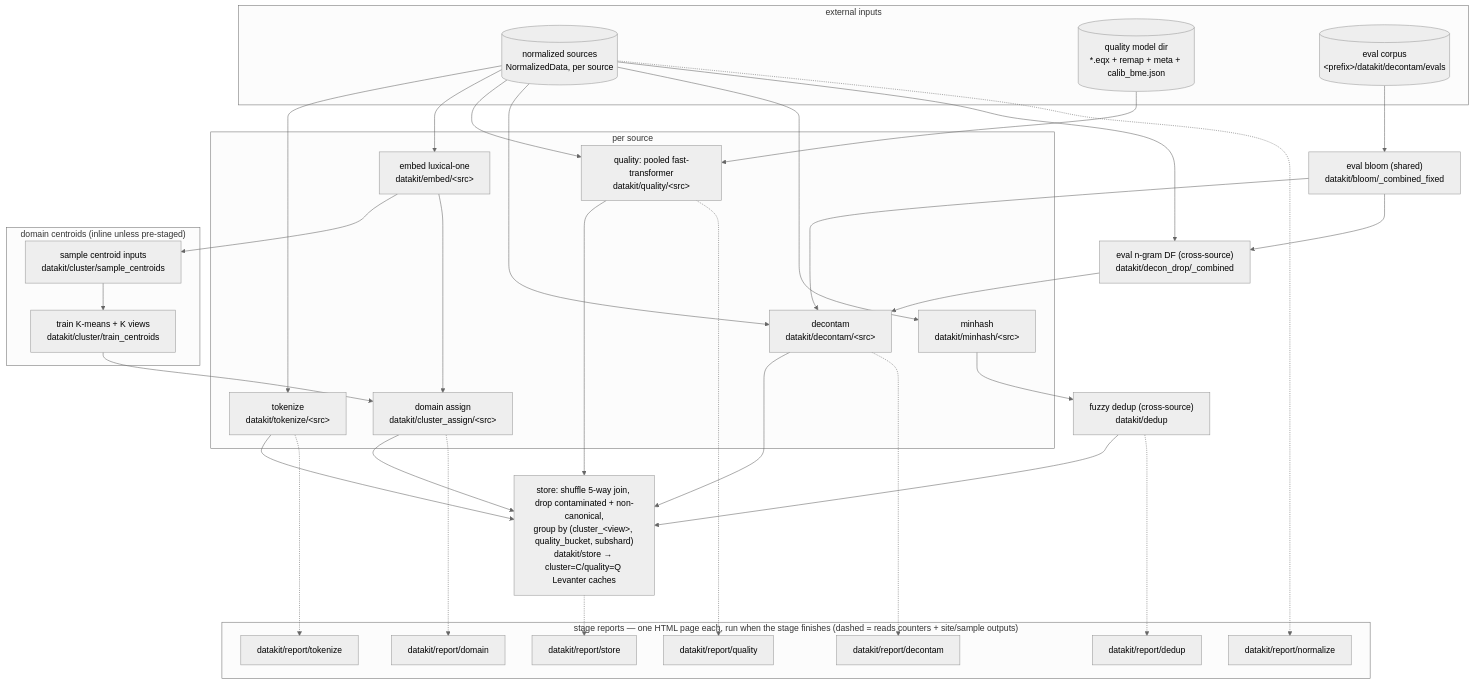
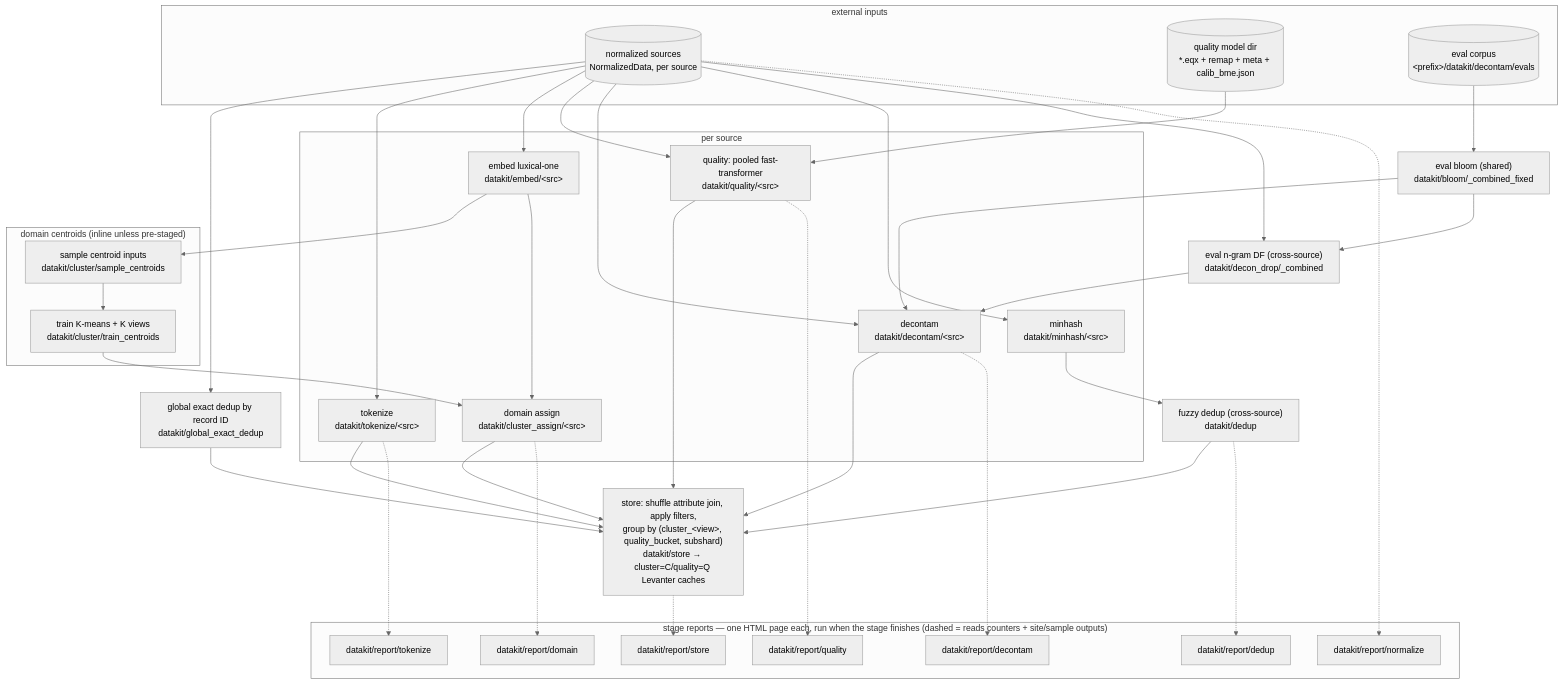
The diagram in experiments/datakit/README.md (marin-community/marin), drawn with Mermaid (neutral theme) before and after one commit. The commit also changed other lines of this file and 30 other files, not shown here.

First line of the commit message:
[datakit] emit global exact-dedup attributes (#7816)

````diff
--- a/experiments/datakit/README.md
+++ b/experiments/datakit/README.md
@@ -30,63 +51,66 @@
 ```mermaid
 flowchart TD
     subgraph inputs["external inputs"]
         SRC[("normalized sources<br/>NormalizedData, per source")]
         MODEL[("quality model dir<br/>*.eqx + remap + meta + calib_bme.json")]
         EVALS[("eval corpus<br/>&lt;prefix&gt;/datakit/decontam/evals")]
     end
 
     subgraph per_source["per source"]
         TOK["tokenize<br/>datakit/tokenize/&lt;src&gt;"]
         EMB["embed luxical-one<br/>datakit/embed/&lt;src&gt;"]
         ASG["domain assign<br/>datakit/cluster_assign/&lt;src&gt;"]
         QUAL["quality: pooled fast-transformer<br/>datakit/quality/&lt;src&gt;"]
         DECON["decontam<br/>datakit/decontam/&lt;src&gt;"]
         MH["minhash<br/>datakit/minhash/&lt;src&gt;"]
     end
 
     subgraph domain_model["domain centroids (inline unless pre-staged)"]
         SAMP["sample centroid inputs<br/>datakit/cluster/sample_centroids"]
         KM["train K-means + K views<br/>datakit/cluster/train_centroids"]
     end
 
     BLOOM["eval bloom (shared)<br/>datakit/bloom/_combined_fixed"]
     DF["eval n-gram DF (cross-source)<br/>datakit/decon_drop/_combined"]
+    EXACT["global exact dedup by record ID<br/>datakit/global_exact_dedup"]
     DEDUP["fuzzy dedup (cross-source)<br/>datakit/dedup"]
-    STORE["store: shuffle 5-way join, drop contaminated + non-canonical,<br/>group by (cluster_&lt;view&gt;, quality_bucket, subshard)<br/>datakit/store → cluster=C/quality=Q Levanter caches"]
+    STORE["store: shuffle attribute join, apply filters,<br/>group by (cluster_&lt;view&gt;, quality_bucket, subshard)<br/>datakit/store → cluster=C/quality=Q Levanter caches"]
 
+    SRC --> EXACT
     SRC --> TOK
     SRC --> EMB
     SRC --> QUAL
     SRC --> DECON
     SRC --> MH
     MODEL --> QUAL
     EVALS --> BLOOM --> DF --> DECON
     SRC --> DF
     BLOOM --> DECON
     EMB --> SAMP --> KM --> ASG
     EMB --> ASG
     MH --> DEDUP
     TOK --> STORE
     ASG --> STORE
     QUAL --> STORE
     DECON --> STORE
+    EXACT --> STORE
     DEDUP --> STORE
 
     subgraph reports["stage reports — one HTML page each, run when the stage finishes (dashed = reads counters + site/sample outputs)"]
         RN["datakit/report/normalize"]
         RT["datakit/report/tokenize"]
         RQ["datakit/report/quality"]
         RD["datakit/report/domain"]
         RC["datakit/report/decontam"]
         RU["datakit/report/dedup"]
         RS["datakit/report/store"]
     end
 
     SRC -.-> RN
     TOK -.-> RT
     QUAL -.-> RQ
     ASG -.-> RD
     DECON -.-> RC
     DEDUP -.-> RU
     STORE -.-> RS
 ```
````
